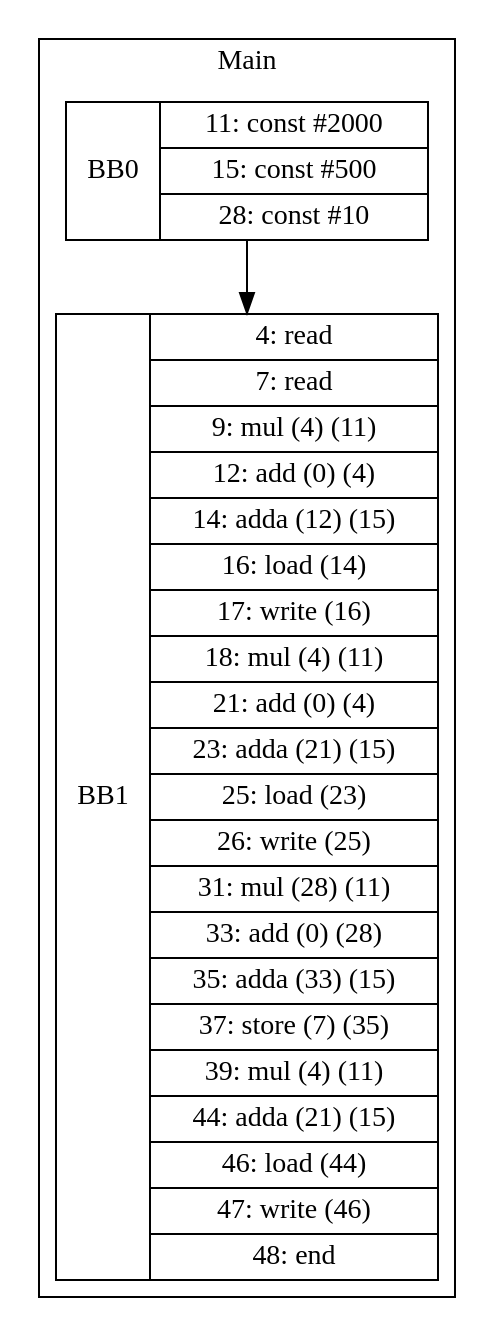
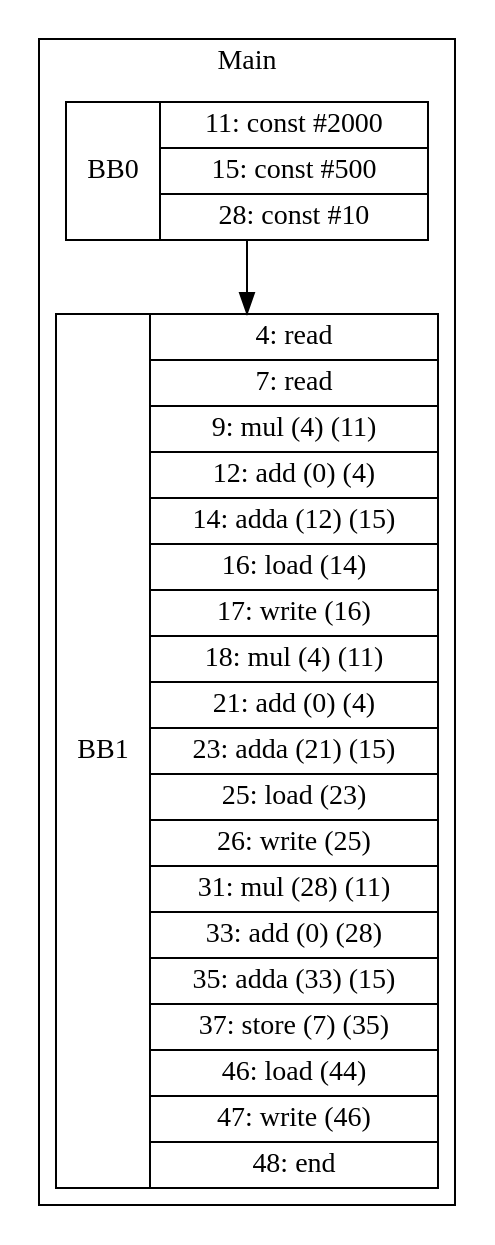
Before and after one commit to zjc664656505/UCI-CS241-Advanced-Compiler-main: the diagram in visualization/cbelem/array/array_with_cse_in_index.gv, drawn with Graphviz. The commit also changed 28 other files, not shown here.

```diff
--- a/visualization/cbelem/array/array_with_cse_in_index.gv
+++ b/visualization/cbelem/array/array_with_cse_in_index.gv
@@ -1,9 +1,9 @@
 digraph G {
 node [shape=record];
 subgraph cluster_main{
 label = "Main";
 BB0 [shape=record, label="<b>BB0|{11: const #2000|15: const #500|28: const #10}"];
-BB1 [shape=record, label="<b>BB1|{4: read|7: read|9: mul (4) (11)|12: add (0) (4)|14: adda (12) (15)|16: load (14)|17: write (16)|18: mul (4) (11)|21: add (0) (4)|23: adda (21) (15)|25: load (23)|26: write (25)|31: mul (28) (11)|33: add (0) (28)|35: adda (33) (15)|37: store (7) (35)|39: mul (4) (11)|44: adda (21) (15)|46: load (44)|47: write (46)|48: end}"];
+BB1 [shape=record, label="<b>BB1|{4: read|7: read|9: mul (4) (11)|12: add (0) (4)|14: adda (12) (15)|16: load (14)|17: write (16)|18: mul (4) (11)|21: add (0) (4)|23: adda (21) (15)|25: load (23)|26: write (25)|31: mul (28) (11)|33: add (0) (28)|35: adda (33) (15)|37: store (7) (35)|46: load (44)|47: write (46)|48: end}"];
 }
 BB0:s -> BB1:n ;
 }
```
